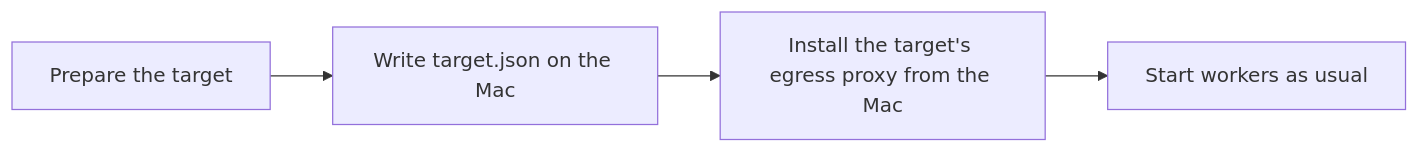
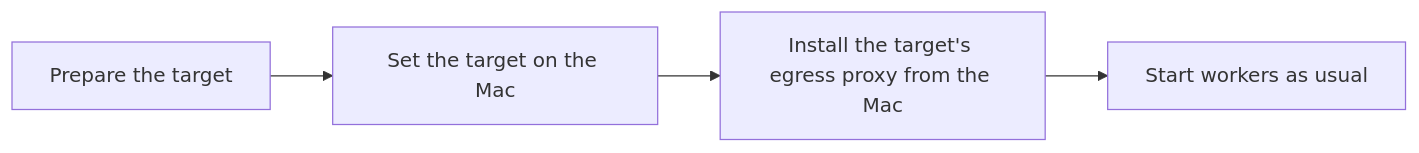
One commit to windroc-labs/ensemble changed the diagram in docs/remote-docker-target.md. Above: the diagram before and after it, drawn with Mermaid. The commit also changed other lines of this file and 2 other files, not shown here.

Commit message:
docs: the remote Docker target lives in [docker] of config.local.toml

````diff
--- a/docs/remote-docker-target.md
+++ b/docs/remote-docker-target.md
@@ -7,6 +7,6 @@
 ```mermaid
 flowchart LR
-  A[Prepare the target] --> B[Write target.json on the Mac]
+  A[Prepare the target] --> B[Set the target on the Mac]
   B --> C[Install the target's egress proxy from the Mac]
   C --> D[Start workers as usual]
 ```
````
